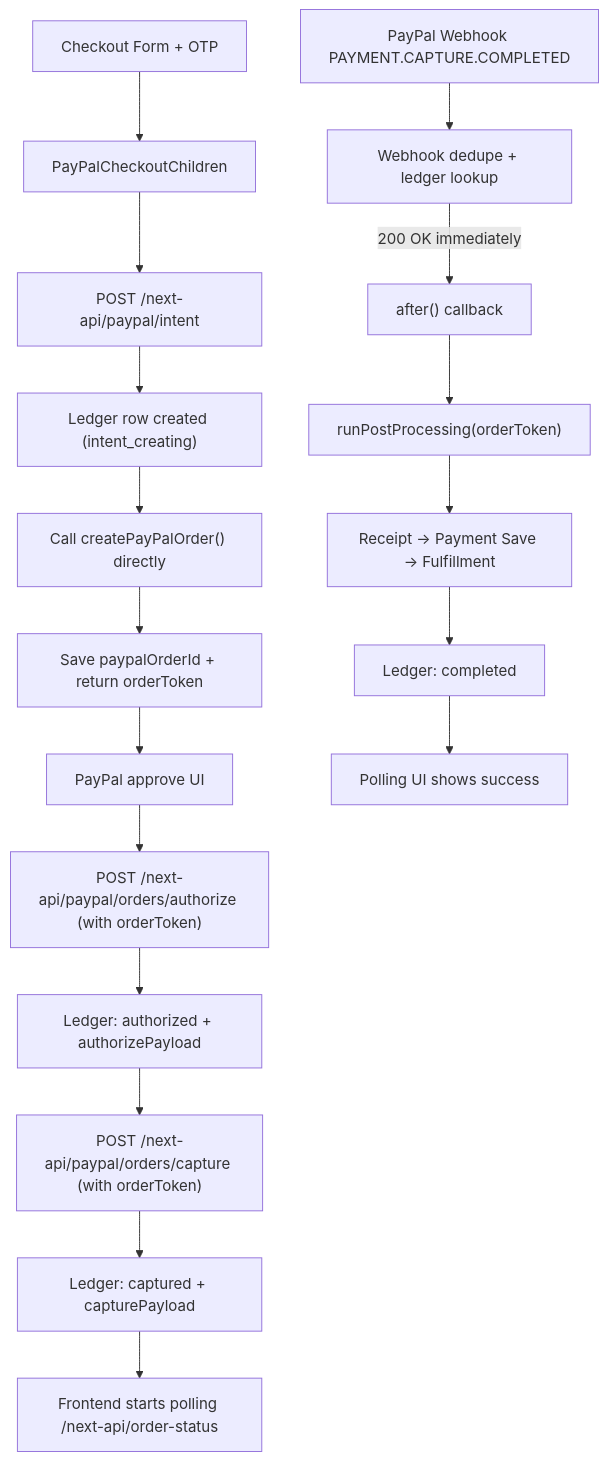
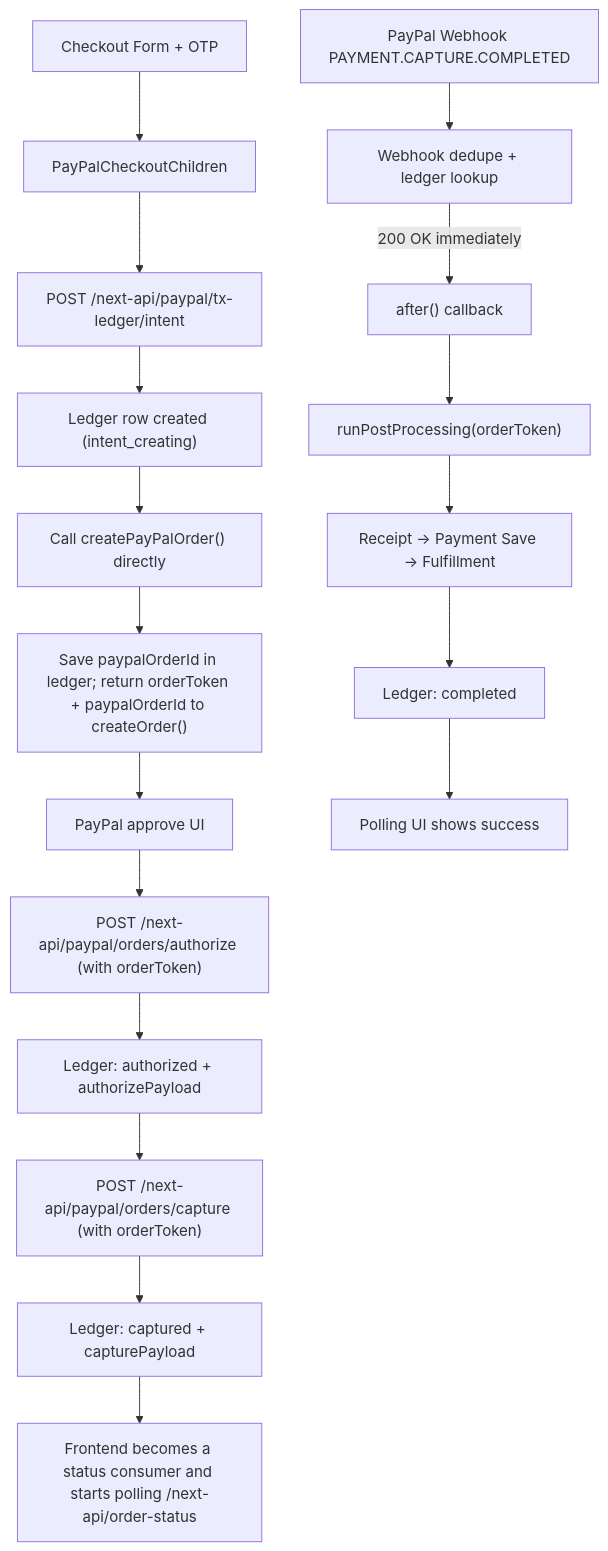
The diagram in PAYPAL_TX_LEDGER_GUIDE.md (Codex-Christi/codex_christi_frontend), drawn with Mermaid before and after one commit. The commit also changed other lines of this file and 10 other files, not shown here.

Commit message:
Modified the 'intent, authorize and capture' flows for Paypal Order creation to use the tx ledger

````diff
--- a/PAYPAL_TX_LEDGER_GUIDE.md
+++ b/PAYPAL_TX_LEDGER_GUIDE.md
@@ -141,20 +141,20 @@
 ```mermaid
 flowchart TD
   A["Checkout Form + OTP"] --> B["PayPalCheckoutChildren"]
-  B --> C["POST /next-api/paypal/intent"]
+  B --> C["POST /next-api/paypal/tx-ledger/intent"]
   C --> D["Ledger row created (intent_creating)"]
   D --> E["Call createPayPalOrder() directly"]
-  E --> F["Save paypalOrderId + return orderToken"]
+  E --> F["Save paypalOrderId in ledger; return orderToken + paypalOrderId to createOrder()"]
   F --> G["PayPal approve UI"]
   G --> H["POST /next-api/paypal/orders/authorize (with orderToken)"]
   H --> I["Ledger: authorized + authorizePayload"]
   I --> J["POST /next-api/paypal/orders/capture (with orderToken)"]
   J --> K["Ledger: captured + capturePayload"]
-  K --> L["Frontend starts polling /next-api/order-status"]
+  K --> L["Frontend becomes a status consumer and starts polling /next-api/order-status"]
   M["PayPal Webhook PAYMENT.CAPTURE.COMPLETED"] --> N["Webhook dedupe + ledger lookup"]
   N --> |"200 OK immediately"| N2["after() callback"]
   N2 --> O["runPostProcessing(orderToken)"]
   O --> P["Receipt -> Payment Save -> Fulfillment"]
   P --> Q["Ledger: completed"]
   Q --> R["Polling UI shows success"]
 ```
````
